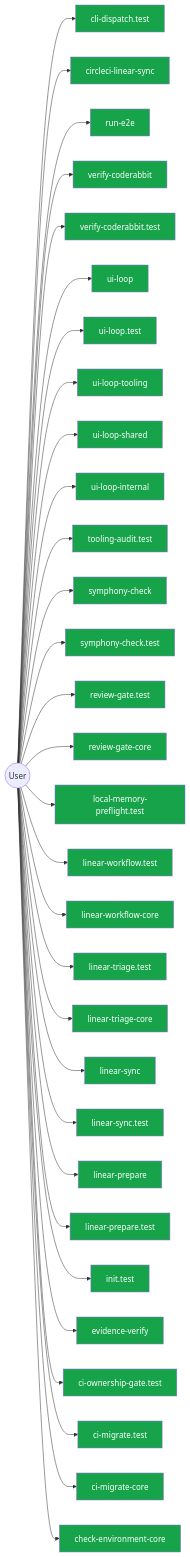
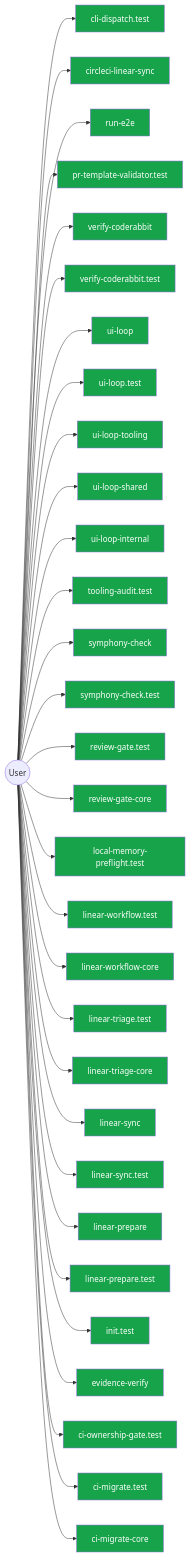
One commit to jscraik/coding-harness changed diagram 14 of 14 in AI/context/diagram-context.md. Above: the diagram before and after it, drawn with Mermaid. The commit also changed other lines of this file and 21 other files, not shown here.

````diff
--- a/AI/context/diagram-context.md
+++ b/AI/context/diagram-context.md
@@ -1989,67 +1992,67 @@
 ```mermaid
 flowchart LR
   User(("User"))
   cli_dispatch_test_54c9f17b["cli-dispatch.test"]
   User --> cli_dispatch_test_54c9f17b
   circleci_linear_sync_19c0d6da["circleci-linear-sync"]
   User --> circleci_linear_sync_19c0d6da
   run_e2e_39efe696["run-e2e"]
   User --> run_e2e_39efe696
+  pr_template_validator_test_569b1cef["pr-template-validator.test"]
+  User --> pr_template_validator_test_569b1cef
   verify_coderabbit_490b4e71["verify-coderabbit"]
   User --> verify_coderabbit_490b4e71
   verify_coderabbit_test_46cfcf29["verify-coderabbit.test"]
   User --> verify_coderabbit_test_46cfcf29
   ui_loop_11660889["ui-loop"]
   User --> ui_loop_11660889
   ui_loop_test_f0eabc42["ui-loop.test"]
   User --> ui_loop_test_f0eabc42
   ui_loop_tooling_12b2d2c7["ui-loop-tooling"]
   User --> ui_loop_tooling_12b2d2c7
   ui_loop_shared_8c83b841["ui-loop-shared"]
   User --> ui_loop_shared_8c83b841
   ui_loop_internal_f2eb8892["ui-loop-internal"]
   User --> ui_loop_internal_f2eb8892
   tooling_audit_test_d2aee28c["tooling-audit.test"]
   User --> tooling_audit_test_d2aee28c
   symphony_check_e97f2ea0["symphony-check"]
   User --> symphony_check_e97f2ea0
   symphony_check_test_6cb33eb2["symphony-check.test"]
   User --> symphony_check_test_6cb33eb2
   review_gate_test_000e2ed6["review-gate.test"]
   User --> review_gate_test_000e2ed6
   review_gate_core_4c8001f9["review-gate-core"]
   User --> review_gate_core_4c8001f9
   local_memory_preflight_test_5e323bbf["local-memory-preflight.test"]
   User --> local_memory_preflight_test_5e323bbf
   linear_workflow_test_a351dcb0["linear-workflow.test"]
   User --> linear_workflow_test_a351dcb0
   linear_workflow_core_0e19cff4["linear-workflow-core"]
   User --> linear_workflow_core_0e19cff4
   linear_triage_test_1b75a8b8["linear-triage.test"]
   User --> linear_triage_test_1b75a8b8
   linear_triage_core_7cbca73e["linear-triage-core"]
   User --> linear_triage_core_7cbca73e
   linear_sync_a2fa2bf7["linear-sync"]
   User --> linear_sync_a2fa2bf7
   linear_sync_test_da1e1eab["linear-sync.test"]
   User --> linear_sync_test_da1e1eab
   linear_prepare_0c613ba6["linear-prepare"]
   User --> linear_prepare_0c613ba6
   linear_prepare_test_678f11a9["linear-prepare.test"]
   User --> linear_prepare_test_678f11a9
   init_test_cbba76a6["init.test"]
   User --> init_test_cbba76a6
   evidence_verify_3b73c290["evidence-verify"]
   User --> evidence_verify_3b73c290
   ci_ownership_gate_test_7b1c196d["ci-ownership-gate.test"]
   User --> ci_ownership_gate_test_7b1c196d
   ci_migrate_test_2a015bb9["ci-migrate.test"]
   User --> ci_migrate_test_2a015bb9
   ci_migrate_core_7005b5af["ci-migrate-core"]
   User --> ci_migrate_core_7005b5af
-  check_environment_core_2c16213f["check-environment-core"]
-  User --> check_environment_core_2c16213f
   classDef userNode fill:#16a34a,color:#fff
-  class cli_dispatch_test_54c9f17b,circleci_linear_sync_19c0d6da,run_e2e_39efe696,verify_coderabbit_490b4e71,verify_coderabbit_test_46cfcf29,ui_loop_11660889,ui_loop_test_f0eabc42,ui_loop_tooling_12b2d2c7,ui_loop_shared_8c83b841,ui_loop_internal_f2eb8892,tooling_audit_test_d2aee28c,symphony_check_e97f2ea0,symphony_check_test_6cb33eb2,review_gate_test_000e2ed6,review_gate_core_4c8001f9,local_memory_preflight_test_5e323bbf,linear_workflow_test_a351dcb0,linear_workflow_core_0e19cff4,linear_triage_test_1b75a8b8,linear_triage_core_7cbca73e,linear_sync_a2fa2bf7,linear_sync_test_da1e1eab,linear_prepare_0c613ba6,linear_prepare_test_678f11a9,init_test_cbba76a6,evidence_verify_3b73c290,ci_ownership_gate_test_7b1c196d,ci_migrate_test_2a015bb9,ci_migrate_core_7005b5af,check_environment_core_2c16213f userNode
+  class cli_dispatch_test_54c9f17b,circleci_linear_sync_19c0d6da,run_e2e_39efe696,pr_template_validator_test_569b1cef,verify_coderabbit_490b4e71,verify_coderabbit_test_46cfcf29,ui_loop_11660889,ui_loop_test_f0eabc42,ui_loop_tooling_12b2d2c7,ui_loop_shared_8c83b841,ui_loop_internal_f2eb8892,tooling_audit_test_d2aee28c,symphony_check_e97f2ea0,symphony_check_test_6cb33eb2,review_gate_test_000e2ed6,review_gate_core_4c8001f9,local_memory_preflight_test_5e323bbf,linear_workflow_test_a351dcb0,linear_workflow_core_0e19cff4,linear_triage_test_1b75a8b8,linear_triage_core_7cbca73e,linear_sync_a2fa2bf7,linear_sync_test_da1e1eab,linear_prepare_0c613ba6,linear_prepare_test_678f11a9,init_test_cbba76a6,evidence_verify_3b73c290,ci_ownership_gate_test_7b1c196d,ci_migrate_test_2a015bb9,ci_migrate_core_7005b5af userNode
 
 ```
````
